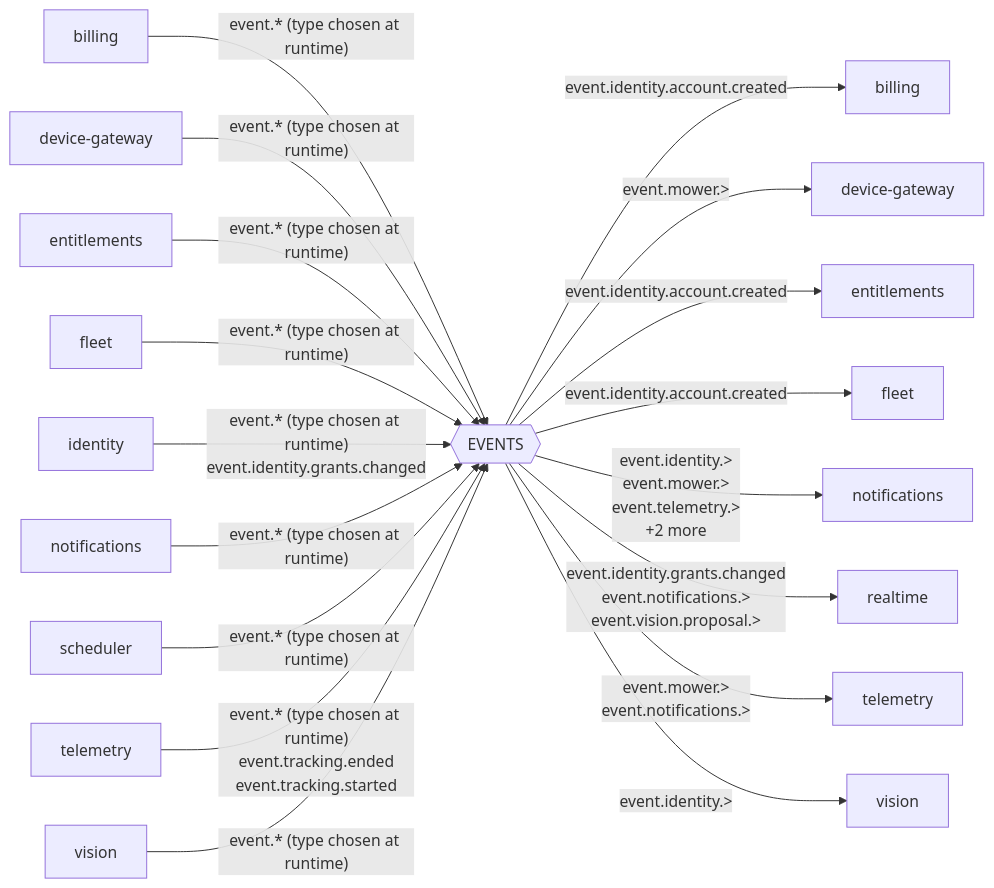
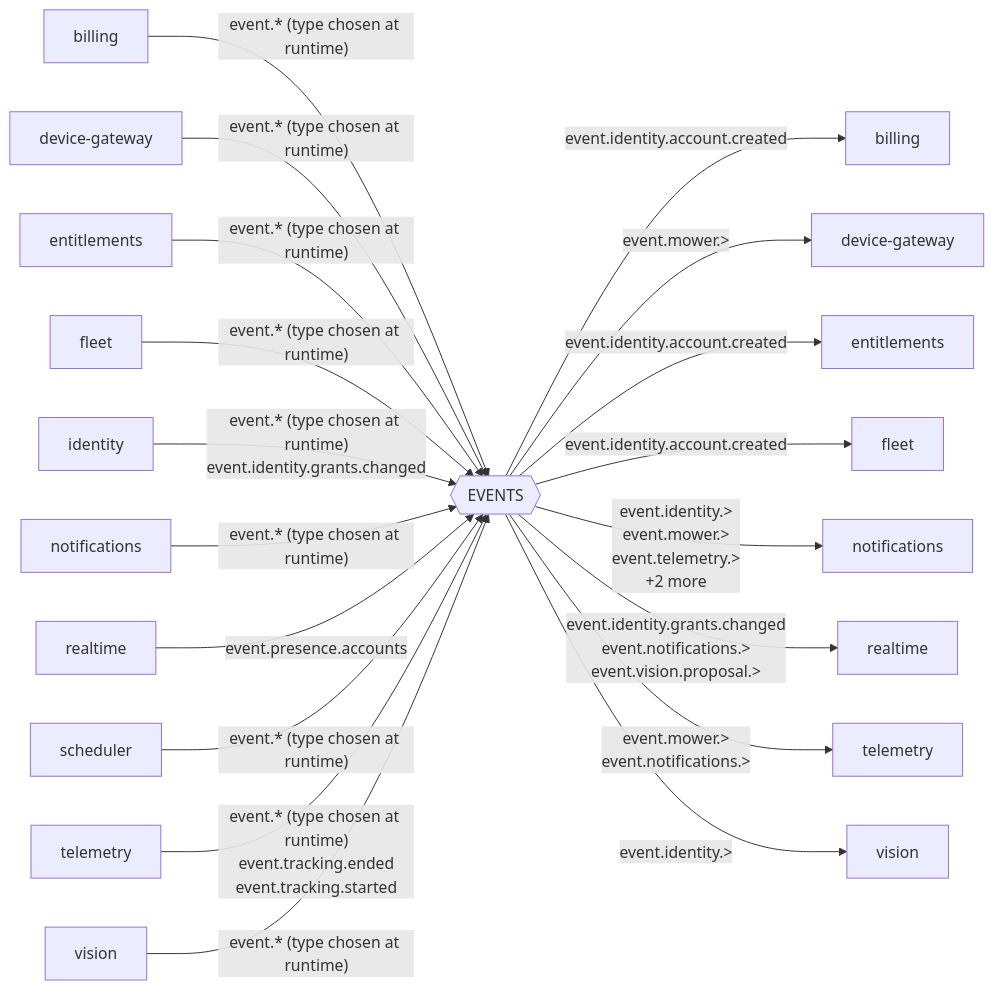
Before and after one commit to lukislp/mowdeck: the seventh of 15 diagrams in docs/architecture/generated.md, drawn with Mermaid. The commit also changed other lines of this file and 157 other files, not shown here.

````diff
--- a/docs/architecture/generated.md
+++ b/docs/architecture/generated.md
@@ -256,38 +256,40 @@
 ```mermaid
 flowchart LR
   s_EVENTS{{"EVENTS"}}
   p_billing["billing"]
   p_device_gateway["device-gateway"]
   p_entitlements["entitlements"]
   p_fleet["fleet"]
   p_identity["identity"]
   p_notifications["notifications"]
+  p_realtime["realtime"]
   p_scheduler["scheduler"]
   p_telemetry["telemetry"]
   p_vision["vision"]
   c_billing["billing"]
   c_device_gateway["device-gateway"]
   c_entitlements["entitlements"]
   c_fleet["fleet"]
   c_notifications["notifications"]
   c_realtime["realtime"]
   c_telemetry["telemetry"]
   c_vision["vision"]
   p_billing -->|"event.* (type chosen at runtime)"| s_EVENTS
   p_device_gateway -->|"event.* (type chosen at runtime)"| s_EVENTS
   p_entitlements -->|"event.* (type chosen at runtime)"| s_EVENTS
   p_fleet -->|"event.* (type chosen at runtime)"| s_EVENTS
   p_identity -->|"event.* (type chosen at runtime)<br/>event.identity.grants.changed"| s_EVENTS
   p_notifications -->|"event.* (type chosen at runtime)"| s_EVENTS
+  p_realtime -->|"event.presence.accounts"| s_EVENTS
   p_scheduler -->|"event.* (type chosen at runtime)"| s_EVENTS
   p_telemetry -->|"event.* (type chosen at runtime)<br/>event.tracking.ended<br/>event.tracking.started"| s_EVENTS
   p_vision -->|"event.* (type chosen at runtime)"| s_EVENTS
   s_EVENTS -->|"event.identity.account.created"| c_billing
   s_EVENTS -->|"event.mower.>"| c_device_gateway
   s_EVENTS -->|"event.identity.account.created"| c_entitlements
   s_EVENTS -->|"event.identity.account.created"| c_fleet
   s_EVENTS -->|"event.identity.><br/>event.mower.><br/>event.telemetry.><br/>+2 more"| c_notifications
   s_EVENTS -->|"event.identity.grants.changed<br/>event.notifications.><br/>event.vision.proposal.>"| c_realtime
   s_EVENTS -->|"event.mower.><br/>event.notifications.>"| c_telemetry
   s_EVENTS -->|"event.identity.>"| c_vision
 ```
````
